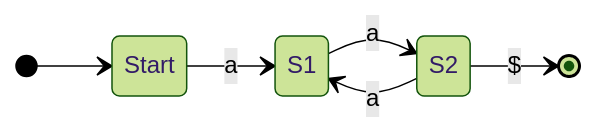
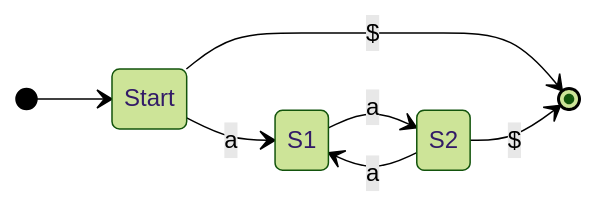
One commit to zinh/zinh.github.io changed the third of 3 diagrams in _posts/2023-09-09-regular-language-and-automata.markdown. Above: the diagram before and after it, drawn with Mermaid (forest theme). The commit also changed other lines of this file, not shown here.

````diff
--- a/_posts/2023-09-09-regular-language-and-automata.markdown
+++ b/_posts/2023-09-09-regular-language-and-automata.markdown
@@ -191,9 +210,10 @@
 ```mermaid
 stateDiagram-v2
   direction LR
   [*] --> Start
   Start --> S1: a
+  Start --> [*]: $
   S1 --> S2: a
   S2 --> S1: a
   S2 --> [*]: $
 ```
````
